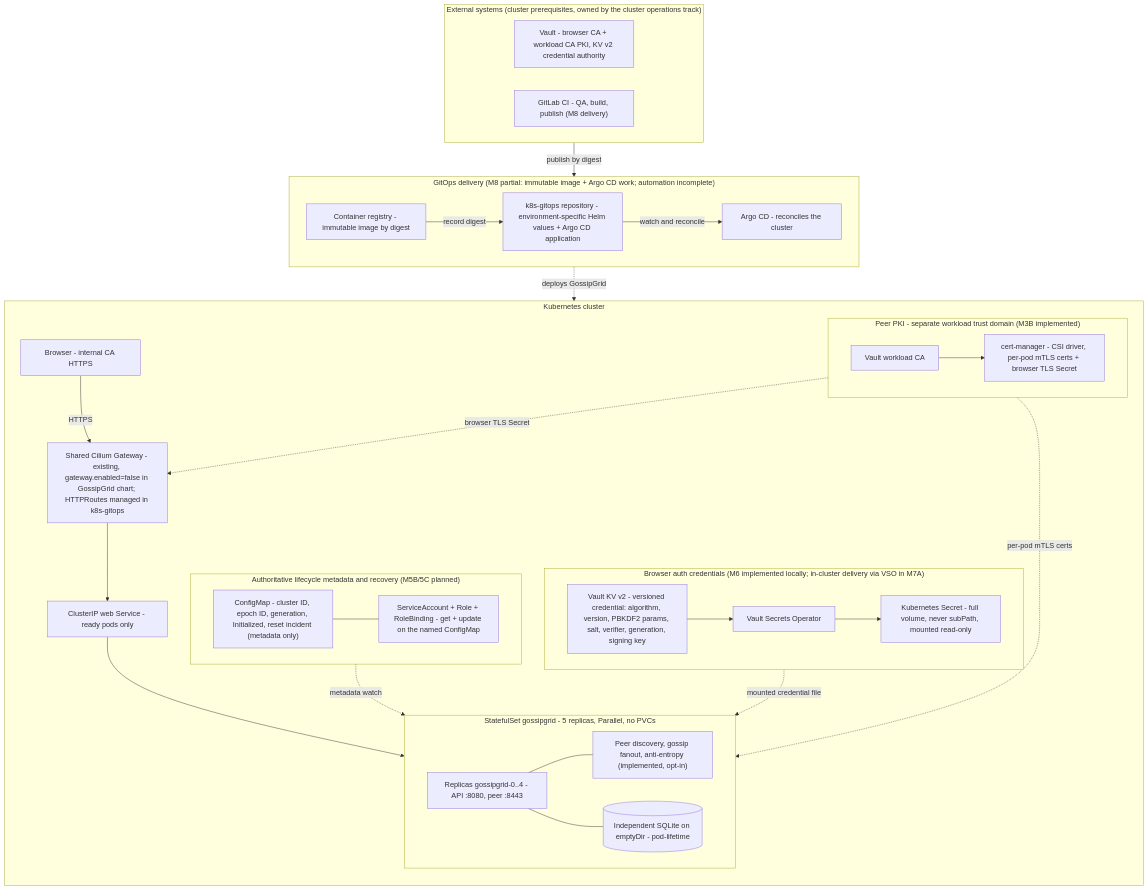
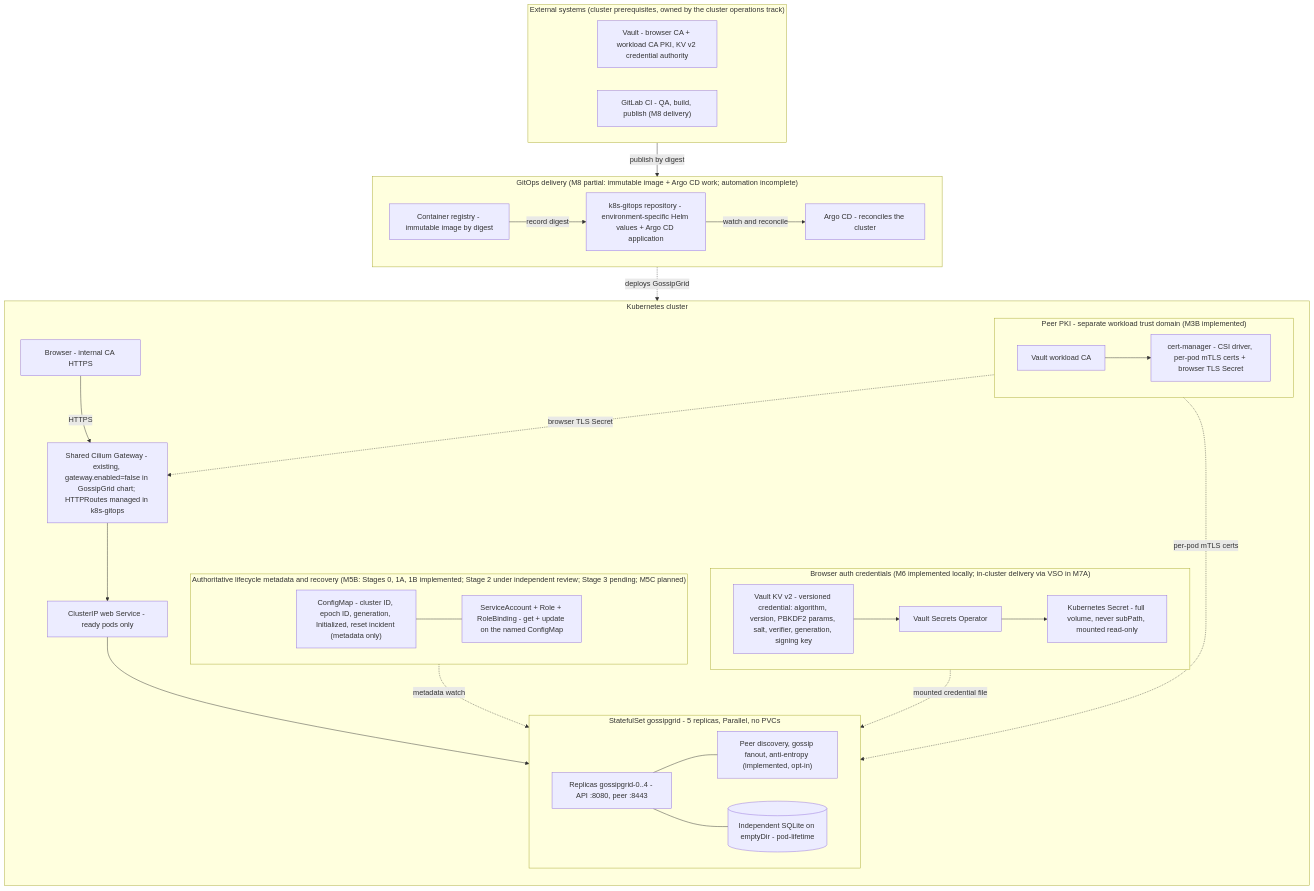
The diagram in docs/diagrams/system-architecture.mmd (hirebrianm/gossipgrid), drawn with Mermaid before and after one commit. The commit also changed 43 other files, not shown here.

```diff
--- a/docs/diagrams/system-architecture.mmd
+++ b/docs/diagrams/system-architecture.mmd
@@ -1,64 +1,64 @@
 flowchart TB
   subgraph EXT["External systems (cluster prerequisites, owned by the cluster operations track)"]
     direction LR
     VAULT["Vault - browser CA + workload CA PKI, KV v2 credential authority"]
     GLCI["GitLab CI - QA, build, publish (M8 delivery)"]
   end
 
   B["Browser - internal CA HTTPS"]
 
   subgraph K8S["Kubernetes cluster"]
     direction TB
     GW["Shared Cilium Gateway - existing, gateway.enabled=false in GossipGrid chart; HTTPRoutes managed in k8s-gitops"]
     WEB["ClusterIP web Service - ready pods only"]
 
     subgraph SS["StatefulSet gossipgrid - 5 replicas, Parallel, no PVCs"]
       direction LR
       APP["Replicas gossipgrid-0..4 - API :8080, peer :8443"]
       SYNC["Peer discovery, gossip fanout, anti-entropy (implemented, opt-in)"]
       DB[("Independent SQLite on emptyDir - pod-lifetime")]
     end
 
     B -->|HTTPS| GW
     GW --> WEB
     WEB --> APP
     APP --- SYNC
     APP --- DB
 
     subgraph PKI["Peer PKI - separate workload trust domain (M3B implemented)"]
       direction LR
       WCA["Vault workload CA"]
       CM["cert-manager - CSI driver, per-pod mTLS certs + browser TLS Secret"]
     end
     WCA --> CM
     CM -. per-pod mTLS certs .-> APP
     CM -. browser TLS Secret .-> GW
 
     subgraph CRED["Browser auth credentials (M6 implemented locally; in-cluster delivery via VSO in M7A)"]
       direction LR
       VKV["Vault KV v2 - versioned credential: algorithm, version, PBKDF2 params, salt, verifier, generation, signing key"]
       VSO["Vault Secrets Operator"]
       KSEC["Kubernetes Secret - full volume, never subPath, mounted read-only"]
       VKV --> VSO --> KSEC
     end
     KSEC -. mounted credential file .-> APP
 
-    subgraph LIFE["Authoritative lifecycle metadata and recovery (M5B/5C planned)"]
+    subgraph LIFE["Authoritative lifecycle metadata and recovery (M5B: Stages 0, 1A, 1B implemented; Stage 2 under independent review; Stage 3 pending; M5C planned)"]
       direction LR
       CMETA["ConfigMap - cluster ID, epoch ID, generation, Initialized, reset incident (metadata only)"]
       RRBAC["ServiceAccount + Role + RoleBinding - get + update on the named ConfigMap"]
     end
     CMETA --- RRBAC
     CMETA -. metadata watch .-> APP
   end
 
   subgraph GITOPS["GitOps delivery (M8 partial: immutable image + Argo CD work; automation incomplete)"]
     direction LR
     REG["Container registry - immutable image by digest"]
     GOREPO["k8s-gitops repository - environment-specific Helm values + Argo CD application"]
     ARGO["Argo CD - reconciles the cluster"]
     GLCI -->|publish by digest| REG
     REG -->|record digest| GOREPO
     GOREPO -->|watch and reconcile| ARGO
   end
   ARGO -. deploys GossipGrid .-> SS
```
